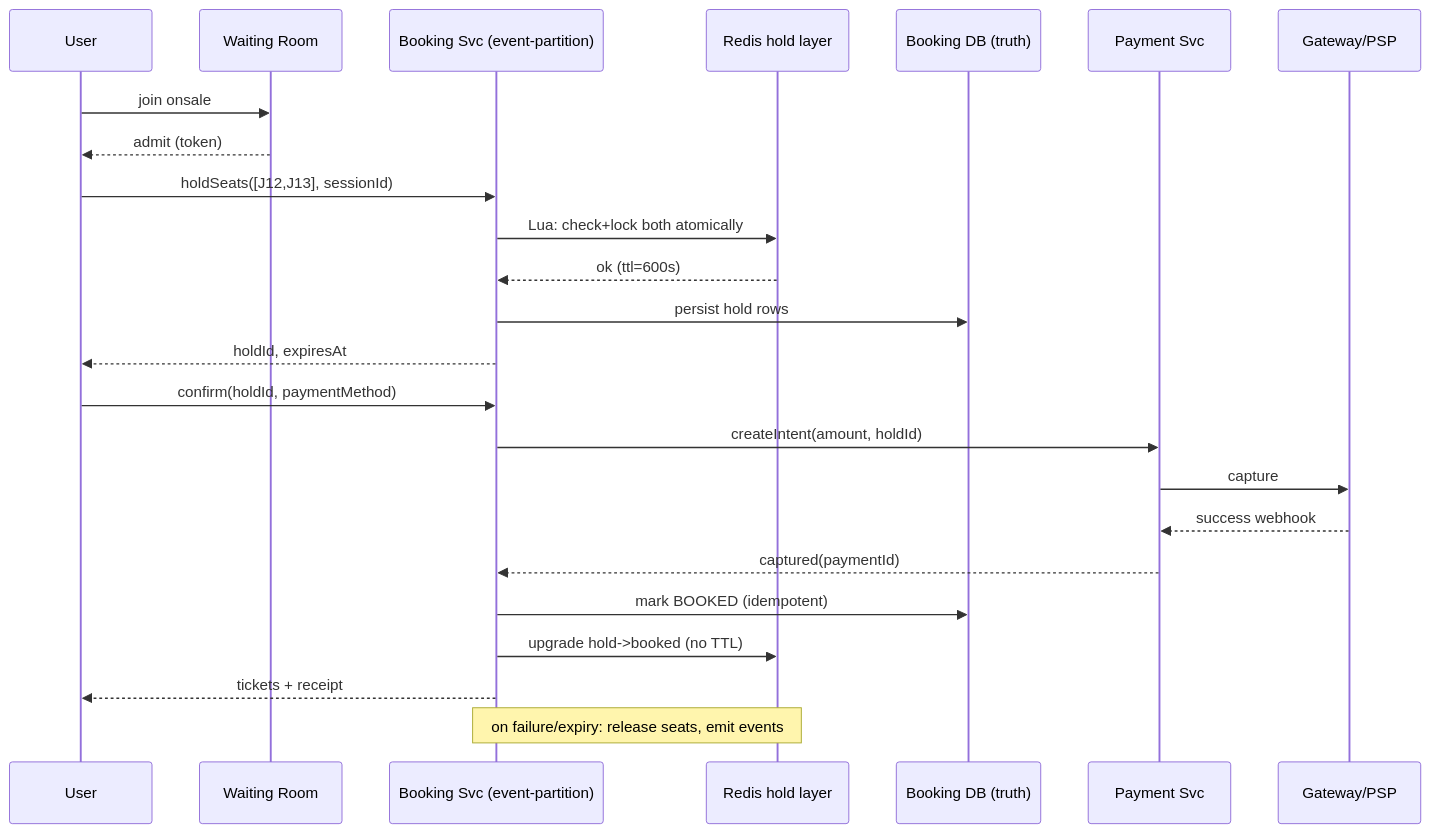
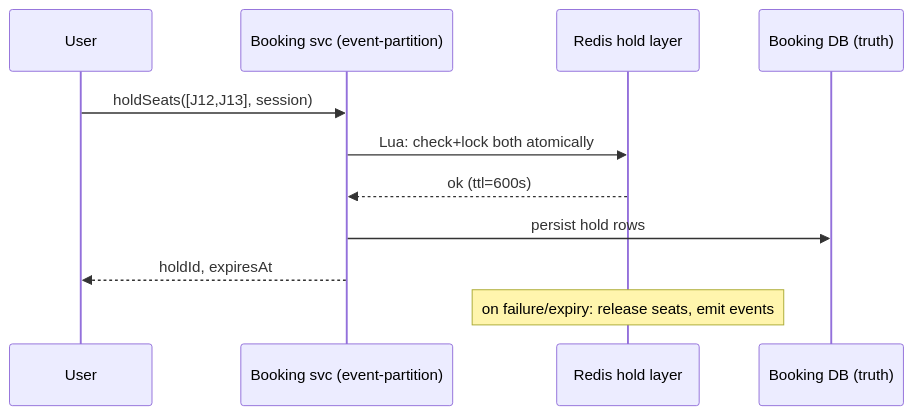
The third of 14 diagrams in docs/system-design/high-level/designing/advanced/bookmyshow.md (abhishekghoshh/system-design-helper), drawn with Mermaid before and after one commit. The commit also changed other lines of this file and 107 other files, not shown here.

````diff
--- a/docs/system-design/high-level/designing/advanced/bookmyshow.md
+++ b/docs/system-design/high-level/designing/advanced/bookmyshow.md
@@ -376,27 +220,13 @@
 ```mermaid
 sequenceDiagram
     participant U as User
-    participant Q as Waiting Room
-    participant BK as Booking Svc (event-partition)
+    participant BK as Booking svc (event-partition)
     participant R as Redis hold layer
     participant DB as Booking DB (truth)
-    participant P as Payment Svc
-    participant PSP as Gateway/PSP
-
-    U->>Q: join onsale
-    Q-->>U: admit (token)
-    U->>BK: holdSeats([J12,J13], sessionId)
+    U->>BK: holdSeats([J12,J13], session)
     BK->>R: Lua: check+lock both atomically
     R-->>BK: ok (ttl=600s)
     BK->>DB: persist hold rows
     BK-->>U: holdId, expiresAt
-    U->>BK: confirm(holdId, paymentMethod)
-    BK->>P: createIntent(amount, holdId)
-    P->>PSP: capture
-    PSP-->>P: success webhook
-    P-->>BK: captured(paymentId)
-    BK->>DB: mark BOOKED (idempotent)
-    BK->>R: upgrade hold->booked (no TTL)
-    BK-->>U: tickets + receipt
-    Note over BK,R: on failure/expiry: release seats, emit events
+    Note over R: on failure/expiry: release seats, emit events
 ```
````
